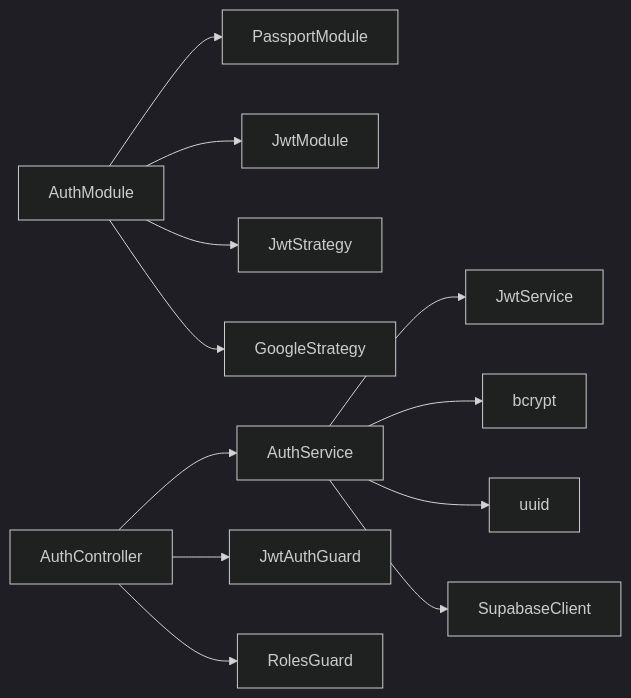
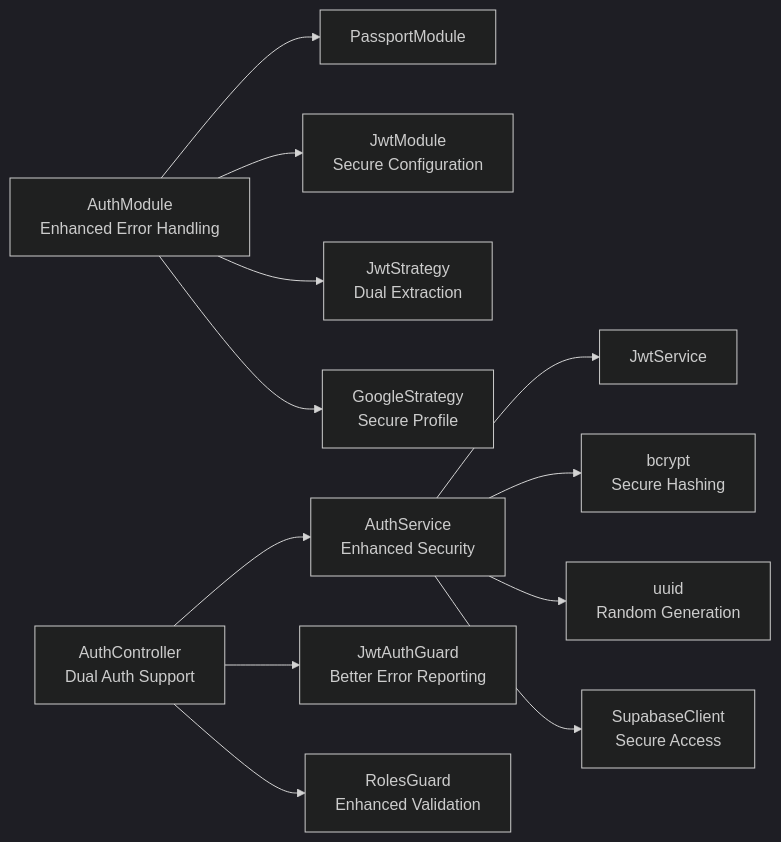
The eighth of 8 diagrams in .qoder/repowiki/en/content/Backend Architecture/Authentication System/Authentication System.md (devonxjz/MissLost), drawn with Mermaid (dark theme) before and after one commit. The commit also changed other lines of this file and 12 other files, not shown here.

````diff
--- a/.qoder/repowiki/en/content/Backend Architecture/Authentication System/Authentication System.md
+++ b/.qoder/repowiki/en/content/Backend Architecture/Authentication System/Authentication System.md
@@ -390,14 +410,14 @@
 ```mermaid
 graph LR
-AM["AuthModule"] --> PM["PassportModule"]
-AM --> JM["JwtModule"]
-AM --> JS["JwtStrategy"]
-AM --> GS["GoogleStrategy"]
-AC["AuthController"] --> AS["AuthService"]
-AC --> JAG["JwtAuthGuard"]
-AC --> RG["RolesGuard"]
+AM["AuthModule<br/>Enhanced Error Handling"] --> PM["PassportModule"]
+AM --> JM["JwtModule<br/>Secure Configuration"]
+AM --> JS["JwtStrategy<br/>Dual Extraction"]
+AM --> GS["GoogleStrategy<br/>Secure Profile"]
+AC["AuthController<br/>Dual Auth Support"] --> AS["AuthService<br/>Enhanced Security"]
+AC --> JAG["JwtAuthGuard<br/>Better Error Reporting"]
+AC --> RG["RolesGuard<br/>Enhanced Validation"]
 AS --> JSvc["JwtService"]
-AS --> BC["bcrypt"]
-AS --> UU["uuid"]
-AS --> SC["SupabaseClient"]
+AS --> BC["bcrypt<br/>Secure Hashing"]
+AS --> UU["uuid<br/>Random Generation"]
+AS --> SC["SupabaseClient<br/>Secure Access"]
 ```
````
